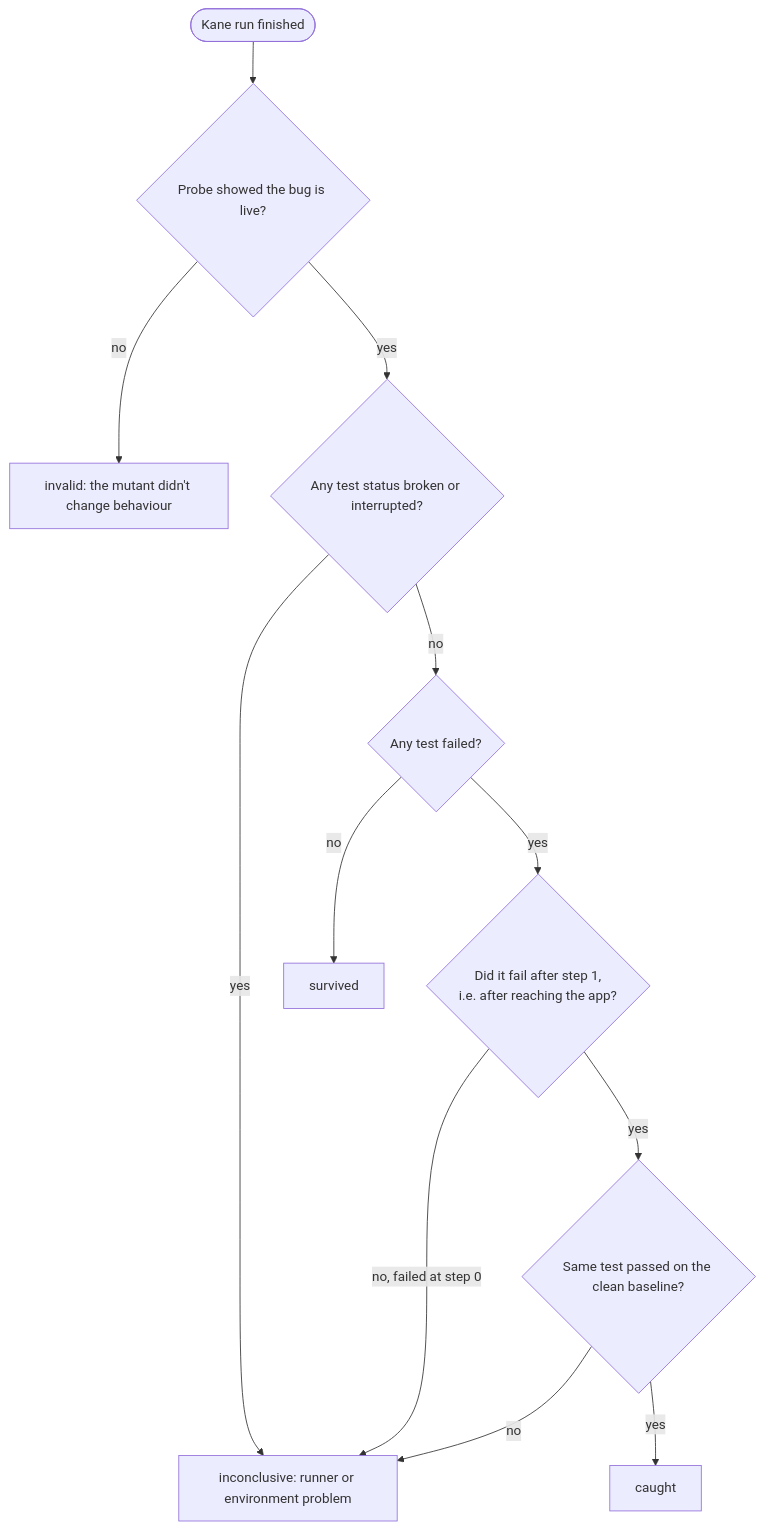
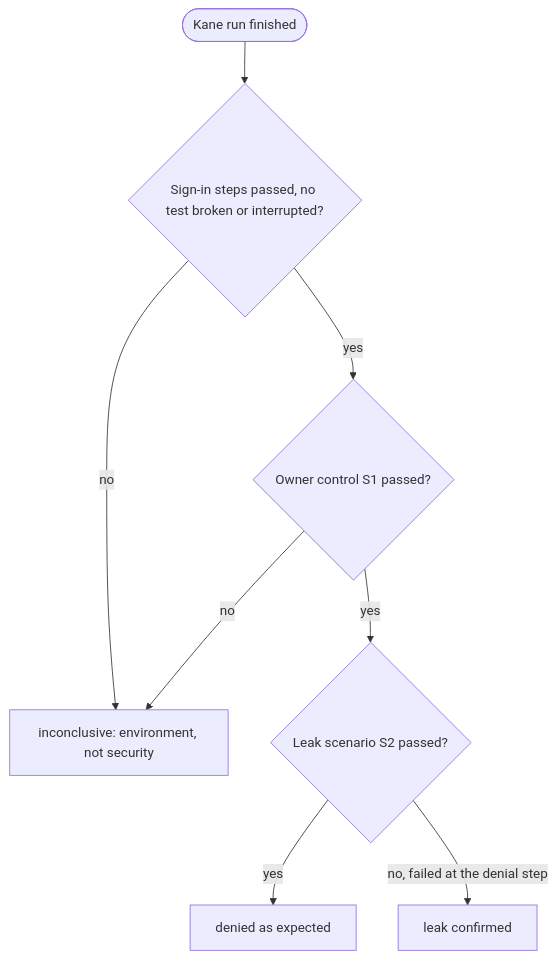
One commit to aayushkhator1994/bugsy changed the fourth of 6 diagrams in docs/how-it-works.md. Above: the diagram before and after it, drawn with Mermaid. The commit also changed other lines of this file and 7 other files, not shown here.

````diff
--- a/docs/how-it-works.md
+++ b/docs/how-it-works.md
@@ -89,14 +79,10 @@
 ```mermaid
 flowchart TD
-  S([Kane run finished]) --> Q1{Probe showed the bug is live?}
-  Q1 -->|no| INV[invalid: the mutant didn't change behaviour]
-  Q1 -->|yes| Q2{Any test status broken or interrupted?}
-  Q2 -->|yes| INC[inconclusive: runner or environment problem]
-  Q2 -->|no| Q3{Any test failed?}
-  Q3 -->|no| SUR[survived]
-  Q3 -->|yes| Q4{Did it fail after step 1,<br/>i.e. after reaching the app?}
-  Q4 -->|no, failed at step 0| INC
-  Q4 -->|yes| Q5{Same test passed on the clean baseline?}
-  Q5 -->|no| INC
-  Q5 -->|yes| CAU[caught]
+  S([Kane run finished]) --> Q0{Sign-in steps passed, no test broken or interrupted?}
+  Q0 -->|no| INC[inconclusive: environment, not security]
+  Q0 -->|yes| Q1{Owner control S1 passed?}
+  Q1 -->|no| INC
+  Q1 -->|yes| Q2{Leak scenario S2 passed?}
+  Q2 -->|yes| OK[denied as expected]
+  Q2 -->|no, failed at the denial step| LEAK[leak confirmed]
 ```
````
